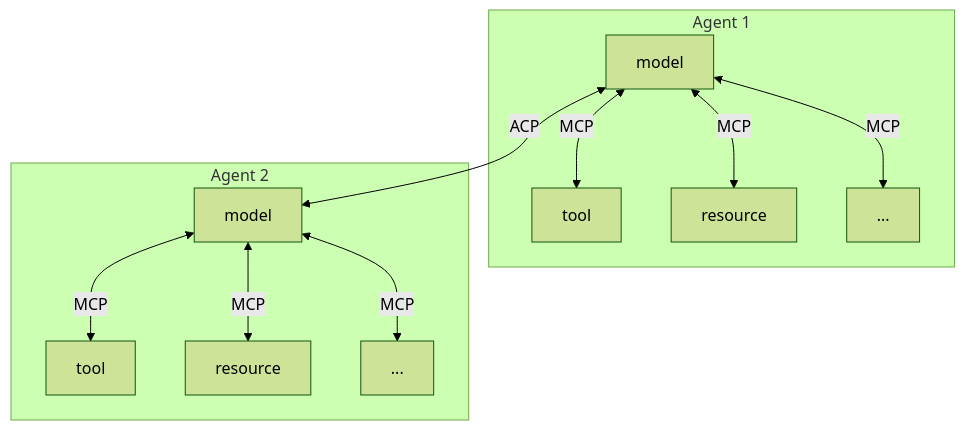
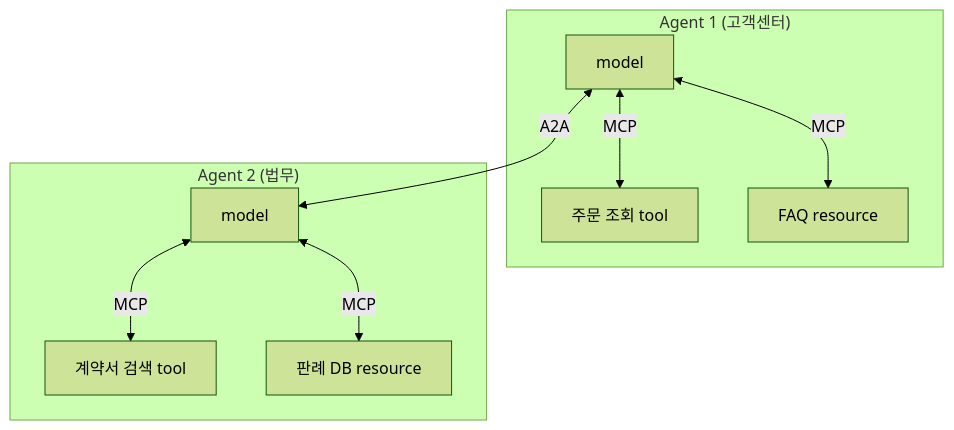
Before and after one commit to jl917/jl917.github.io: the third of 3 diagrams in docs/ai/05-agent/06-a2a.md, drawn with Mermaid (forest theme). The commit also changed other lines of this file and 44 other files, not shown here.

````diff
--- a/docs/ai/05-agent/06-a2a.md
+++ b/docs/ai/05-agent/06-a2a.md
@@ -21,20 +214,14 @@
 ```mermaid
 graph TD
-    subgraph "Agent 1"
-        A1[model] <--> |MCP| B1[tool]
-        A1 <--> |MCP| C1[resource]
-        A1 <--> |MCP| D1[...]
+    subgraph "Agent 1 (고객센터)"
+        A1[model] <--> |MCP| B1[주문 조회 tool]
+        A1 <--> |MCP| C1[FAQ resource]
     end
 
-    subgraph "Agent 2"
-        A2[model] <--> |MCP| B2[tool]
-        A2 <--> |MCP| C2[resource]
-        A2 <--> |MCP| D2[...]
+    subgraph "Agent 2 (법무)"
+        A2[model] <--> |MCP| B2[계약서 검색 tool]
+        A2 <--> |MCP| C2[판례 DB resource]
     end
 
-    A1 <--> |ACP| A2
-
-    class Agent1,Agent2 agent;
-    class A1,A2 model;
-    class B1,B2,C1,C2,D1,D2 mcp;
+    A1 <--> |A2A| A2
 ```
````
